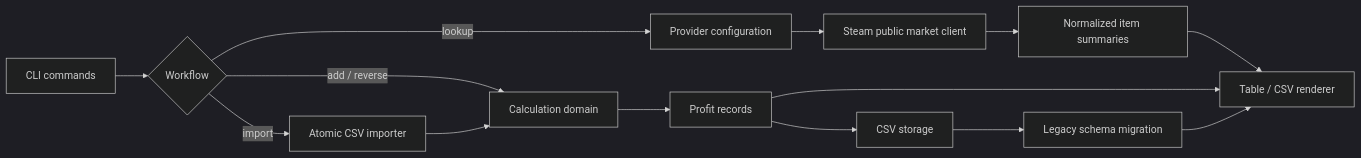
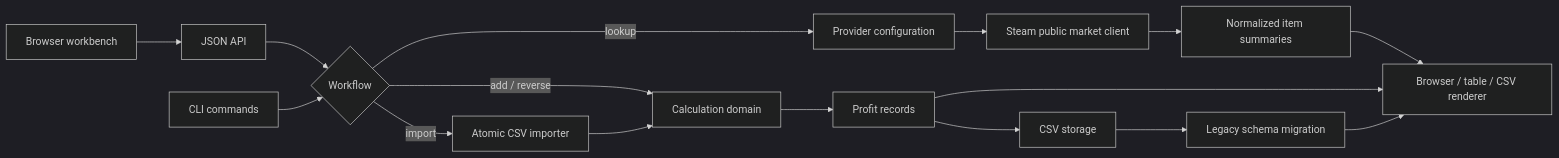
The diagram in README.md (NoireOffical/steam-profit-calculator), drawn with Mermaid (dark theme) before and after one commit. The commit also changed other lines of this file and 18 other files, not shown here.

````diff
--- a/README.md
+++ b/README.md
@@ -29,18 +30,20 @@
 ```mermaid
 flowchart LR
-    A["CLI commands"] --> B{"Workflow"}
+    W["Browser workbench"] --> A["JSON API"]
+    A --> B{"Workflow"}
+    L["CLI commands"] --> B
     B -->|"lookup"| C["Provider configuration"]
     C --> D["Steam public market client"]
     D --> E["Normalized item summaries"]
 
     B -->|"add / reverse"| F["Calculation domain"]
     B -->|"import"| G["Atomic CSV importer"]
     G --> F
     F --> H["Profit records"]
 
     H --> I["CSV storage"]
     I --> J["Legacy schema migration"]
-    E --> K["Table / CSV renderer"]
+    E --> K["Browser / table / CSV renderer"]
     H --> K
     J --> K
 ```
````
